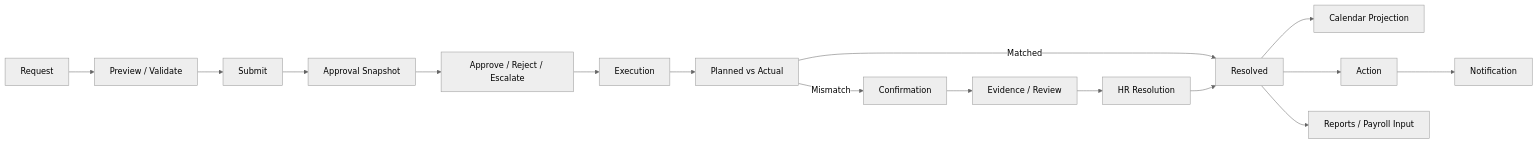
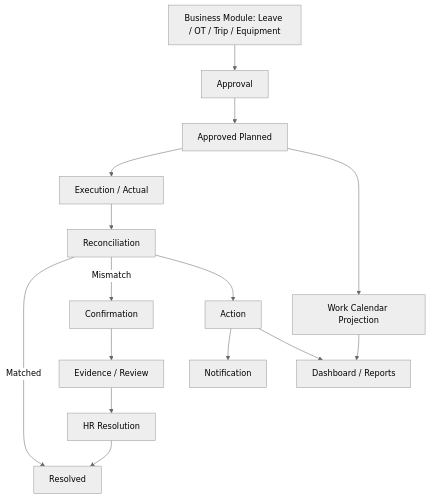
Before and after one commit to Nang0559/Reggister: the diagram in MÔ HÌNH/DOCUMENTATION/00_INDEX.md, drawn with Mermaid (neutral theme). The commit also changed other lines of this file and 256 other files, not shown here.

````diff
--- a/MÔ HÌNH/DOCUMENTATION/00_INDEX.md
+++ b/MÔ HÌNH/DOCUMENTATION/00_INDEX.md
@@ -42,18 +35,17 @@
 ```mermaid
-flowchart LR
-    R[Request] --> P[Preview / Validate]
-    P --> S[Submit]
-    S --> A[Approval Snapshot]
-    A --> AP[Approve / Reject / Escalate]
-    AP --> X[Execution]
-    X --> RA[Planned vs Actual]
-    RA -->|Matched| RES[Resolved]
-    RA -->|Mismatch| CO[Confirmation]
-    CO --> EV[Evidence / Review]
-    EV --> HR[HR Resolution]
-    HR --> RES
-    RES --> CAL[Calendar Projection]
-    RES --> ACT[Action]
-    ACT --> NOTI[Notification]
-    RES --> REP[Reports / Payroll Input]
+flowchart TB
+    B[Business Module: Leave / OT / Trip / Equipment] --> A[Approval]
+    A --> P[Approved Planned]
+    P --> X[Execution / Actual]
+    X --> R[Reconciliation]
+    R -->|Matched| RES[Resolved]
+    R -->|Mismatch| C[Confirmation]
+    C --> E[Evidence / Review]
+    E --> H[HR Resolution]
+    H --> RES
+    P --> CAL[Work Calendar Projection]
+    R --> ACT[Action]
+    ACT --> N[Notification]
+    CAL --> D[Dashboard / Reports]
+    ACT --> D
 ```
````
